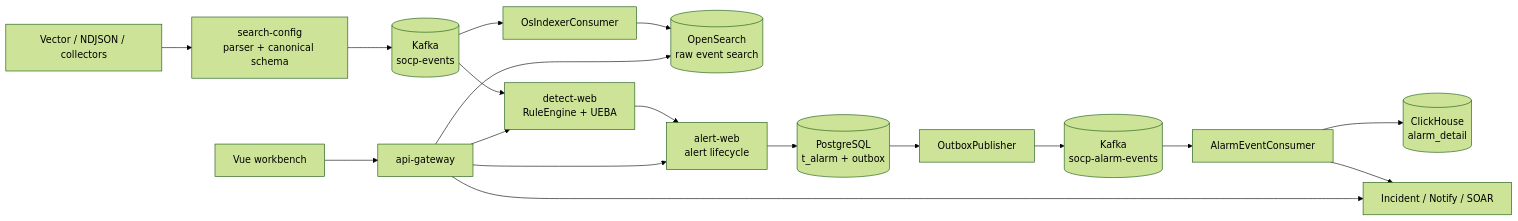
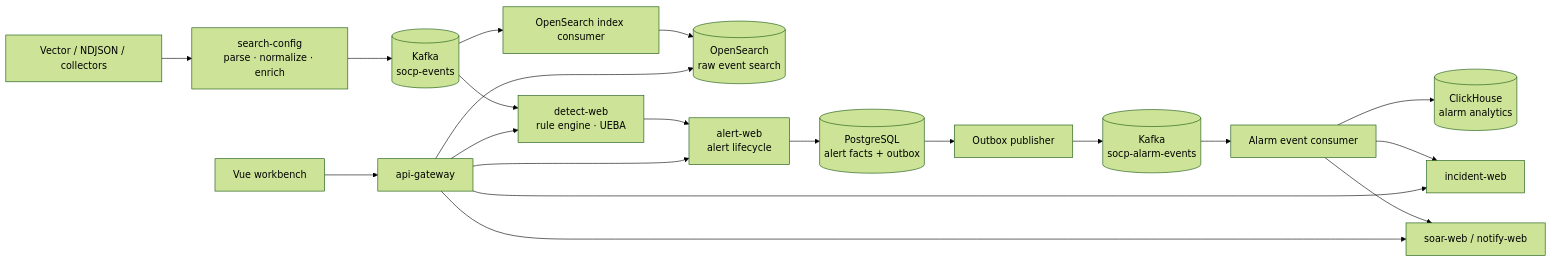
The diagram in docs/architecture.md (VincentXR/socp-siem), drawn with Mermaid (forest theme) before and after one commit. The commit also changed other lines of this file and 7 other files, not shown here.

Commit message:
docs: align architecture and operating guides

````diff
--- a/docs/architecture.md
+++ b/docs/architecture.md
@@ -13,20 +9,22 @@
 ```mermaid
 flowchart LR
-  A[Vector / NDJSON / collectors] --> P[search-config\nparser + canonical schema]
-  P --> K[(Kafka\nsocp-events)]
-  K --> D[detect-web\nRuleEngine + UEBA]
-  K --> O[OsIndexerConsumer]
-  O --> OS[(OpenSearch\nraw event search)]
-  D --> AL[alert-web\nalert lifecycle]
-  AL --> PG[(PostgreSQL\nt_alarm + outbox)]
-  PG --> OB[OutboxPublisher]
-  OB --> AE[(Kafka\nsocp-alarm-events)]
-  AE --> FAN[AlarmEventConsumer]
-  FAN --> CK[(ClickHouse\nalarm_detail)]
-  FAN --> I[Incident / Notify / SOAR]
+  S[Vector / NDJSON / collectors] --> P[search-config<br/>parse · normalize · enrich]
+  P --> K[(Kafka<br/>socp-events)]
+  K --> D[detect-web<br/>rule engine · UEBA]
+  K --> IX[OpenSearch index consumer]
+  IX --> OS[(OpenSearch<br/>raw event search)]
+  D --> A[alert-web<br/>alert lifecycle]
+  A --> PG[(PostgreSQL<br/>alert facts + outbox)]
+  PG --> OP[Outbox publisher]
+  OP --> AK[(Kafka<br/>socp-alarm-events)]
+  AK --> FAN[Alarm event consumer]
+  FAN --> CK[(ClickHouse<br/>alarm analytics)]
+  FAN --> I[incident-web]
+  FAN --> R[soar-web / notify-web]
   UI[Vue workbench] --> GW[api-gateway]
-  GW --> AL
+  GW --> A
   GW --> D
   GW --> OS
   GW --> I
+  GW --> R
 ```
````
